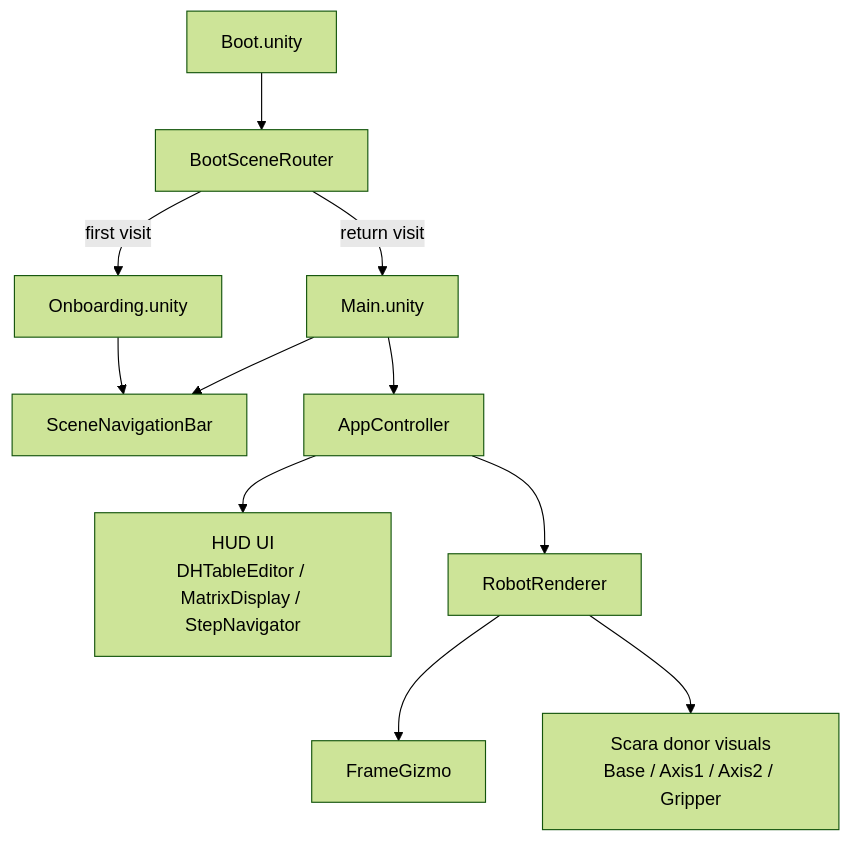
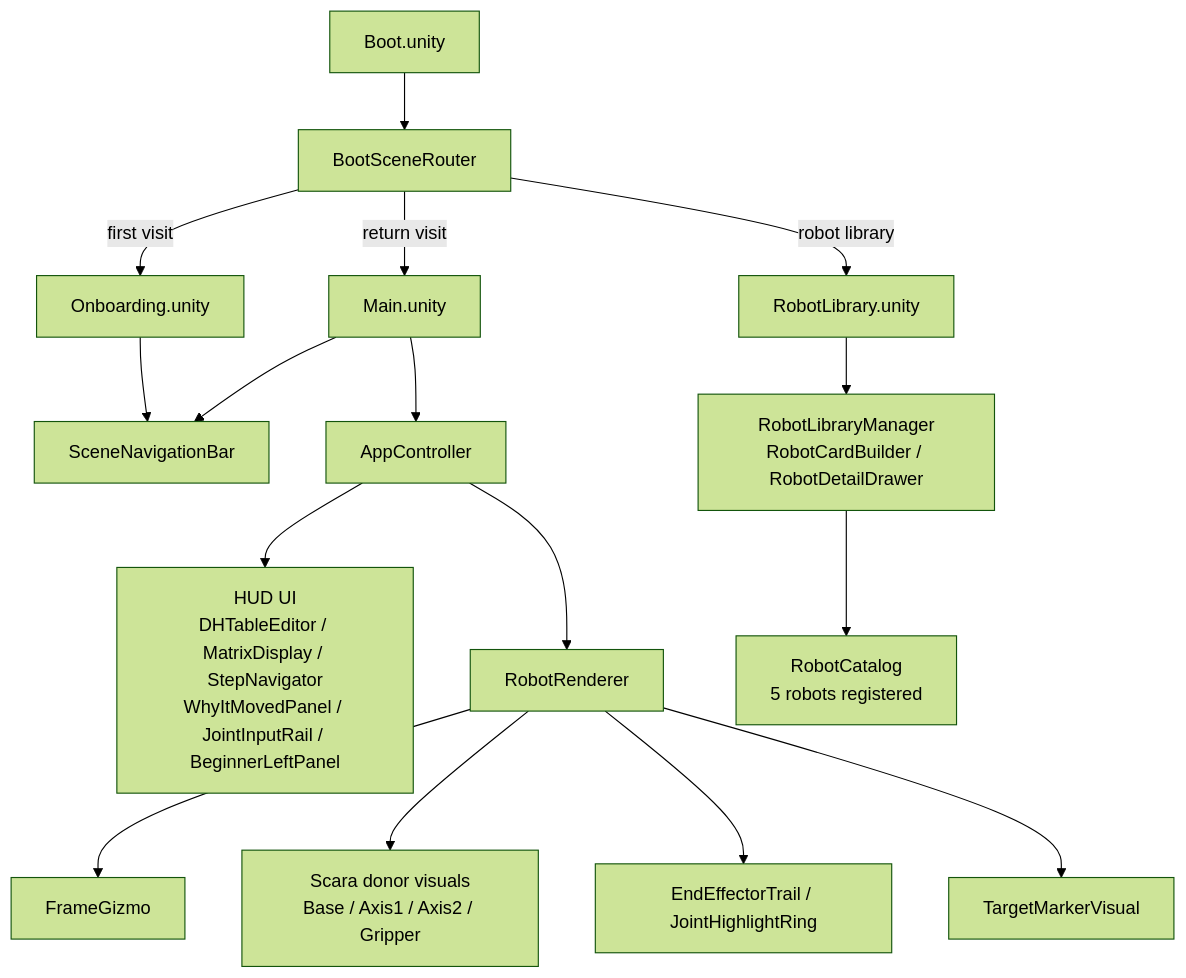
The first of 3 diagrams in docs/ref/architecture-mermaid.md (kimjuyoung1127/robotapp), drawn with Mermaid (forest theme) before and after one commit. The commit also changed other lines of this file and 12 other files, not shown here.

````diff
--- a/docs/ref/architecture-mermaid.md
+++ b/docs/ref/architecture-mermaid.md
@@ -8,15 +8,21 @@
 ```mermaid
 flowchart TD
     Boot["Boot.unity"] --> Router["BootSceneRouter"]
     Router -->|first visit| Onboarding["Onboarding.unity"]
     Router -->|return visit| Main["Main.unity"]
 
     Onboarding --> Nav["SceneNavigationBar"]
     Main --> Nav
 
     Main --> App["AppController"]
-    App --> UI["HUD UI\nDHTableEditor / MatrixDisplay / StepNavigator"]
+    App --> UI["HUD UI\nDHTableEditor / MatrixDisplay / StepNavigator\nWhyItMovedPanel / JointInputRail / BeginnerLeftPanel"]
     App --> Viz["RobotRenderer"]
     Viz --> Frame["FrameGizmo"]
     Viz --> Donor["Scara donor visuals\nBase / Axis1 / Axis2 / Gripper"]
+    Viz --> Trail["EndEffectorTrail / JointHighlightRing"]
+    Viz --> Target["TargetMarkerVisual"]
+
+    Router -->|robot library| RobotLib["RobotLibrary.unity"]
+    RobotLib --> RLM["RobotLibraryManager\nRobotCardBuilder / RobotDetailDrawer"]
+    RLM --> Catalog["RobotCatalog\n5 robots registered"]
 ```
````
